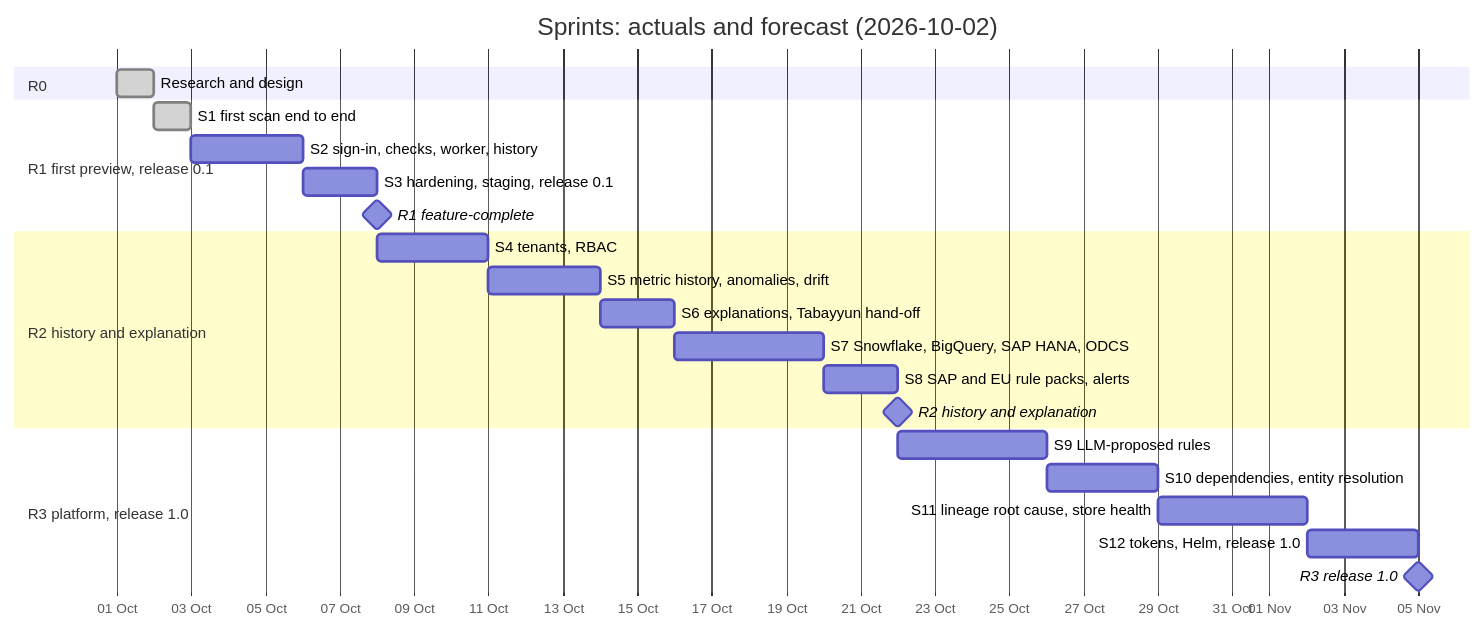
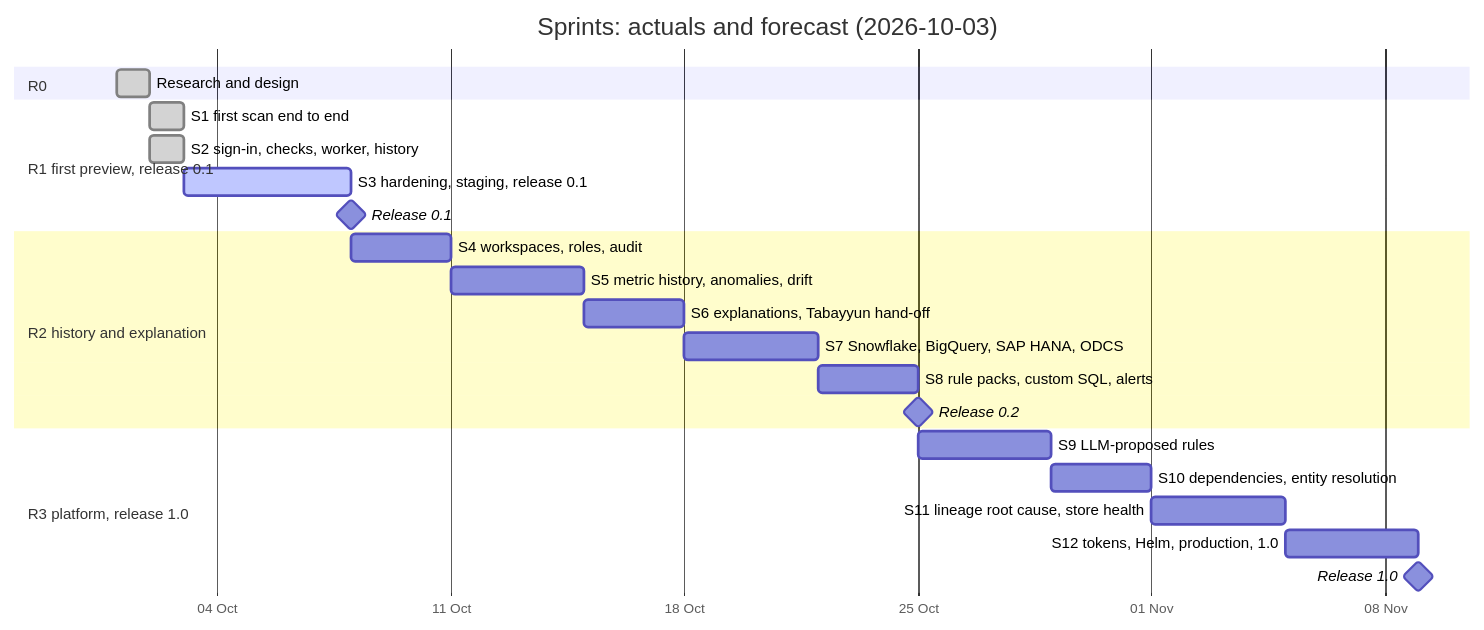
Before and after one commit to Sira-Labs/Sahifa: the diagram in docs/roadmap/sprints.md, drawn with Mermaid. The commit also changed other lines of this file and 1 other file, not shown here.

First line of the commit message:
docs: roadmap version 2 with status, gates and sprints 4-12 planned (#15)

````diff
--- a/docs/roadmap/sprints.md
+++ b/docs/roadmap/sprints.md
@@ -40,31 +40,30 @@
 ```mermaid
 gantt
-    title Sprints: actuals and forecast (2026-10-02)
+    title Sprints: actuals and forecast (2026-10-03)
     dateFormat YYYY-MM-DD
     axisFormat %d %b
-    todayMarker off
 
     section R0
     Research and design                     :done, r0, 2026-10-01, 2026-10-02
 
     section R1 first preview, release 0.1
-    S1 first scan end to end                :done, s1, 2026-10-02, 2026-10-03
-    S2 sign-in, checks, worker, history     :s2, 2026-10-03, 2026-10-06
-    S3 hardening, staging, release 0.1      :s3, 2026-10-06, 2026-10-08
-    R1 feature-complete                     :milestone, r1, 2026-10-08, 0d
+    S1 first scan end to end                :done, s1, 2026-10-02, 1d
+    S2 sign-in, checks, worker, history     :done, s2, 2026-10-02, 2026-10-03
+    S3 hardening, staging, release 0.1      :active, s3, 2026-10-03, 2026-10-08
+    Release 0.1                             :milestone, r1, 2026-10-08, 0d
 
     section R2 history and explanation
-    S4 tenants, RBAC                        :s4, 2026-10-08, 2026-10-11
-    S5 metric history, anomalies, drift     :s5, 2026-10-11, 2026-10-14
-    S6 explanations, Tabayyun hand-off      :s6, 2026-10-14, 2026-10-16
-    S7 Snowflake, BigQuery, SAP HANA, ODCS  :s7, 2026-10-16, 2026-10-20
-    S8 SAP and EU rule packs, alerts        :s8, 2026-10-20, 2026-10-22
-    R2 history and explanation              :milestone, r2, 2026-10-22, 0d
+    S4 workspaces, roles, audit             :s4, 2026-10-08, 3d
+    S5 metric history, anomalies, drift     :s5, after s4, 4d
+    S6 explanations, Tabayyun hand-off      :s6, after s5, 3d
+    S7 Snowflake, BigQuery, SAP HANA, ODCS  :s7, after s6, 4d
+    S8 rule packs, custom SQL, alerts       :s8, after s7, 3d
+    Release 0.2                             :milestone, r2, after s8, 0d
 
     section R3 platform, release 1.0
-    S9 LLM-proposed rules                   :s9, 2026-10-22, 2026-10-26
-    S10 dependencies, entity resolution     :s10, 2026-10-26, 2026-10-29
-    S11 lineage root cause, store health    :s11, 2026-10-29, 2026-11-02
-    S12 tokens, Helm, release 1.0           :s12, 2026-11-02, 2026-11-05
-    R3 release 1.0                          :milestone, r3, 2026-11-05, 0d
+    S9 LLM-proposed rules                   :s9, after s8, 4d
+    S10 dependencies, entity resolution     :s10, after s9, 3d
+    S11 lineage root cause, store health    :s11, after s10, 4d
+    S12 tokens, Helm, production, 1.0       :s12, after s11, 4d
+    Release 1.0                             :milestone, r3, after s12, 0d
 ```
````
